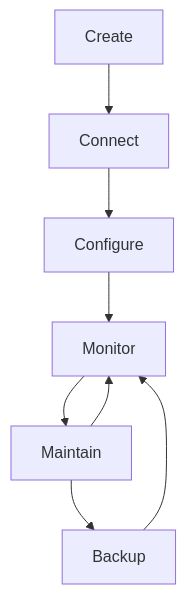
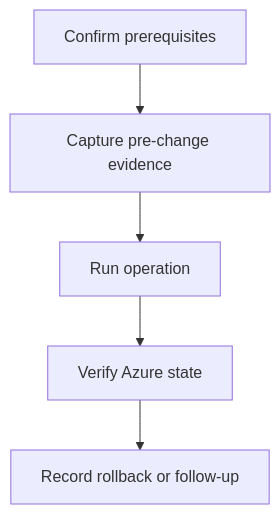
The diagram in docs/operations/index.md (yeongseon/azure-virtual-machine-practical-guide), drawn with Mermaid before and after one commit. The commit also changed other lines of this file and 79 other files, not shown here.

````diff
--- a/docs/operations/index.md
+++ b/docs/operations/index.md
@@ -37,10 +43,7 @@
 ```mermaid
-graph TD
-    A[Create] --> B[Connect]
-    B --> C[Configure]
-    C --> D[Monitor]
-    D --> E[Maintain]
-    E --> D
-    E --> F[Backup]
-    F --> D
+flowchart TD
+    A[Confirm prerequisites] --> B[Capture pre-change evidence]
+    B --> C[Run operation]
+    C --> D[Verify Azure state]
+    D --> E[Record rollback or follow-up]
 ```
````
